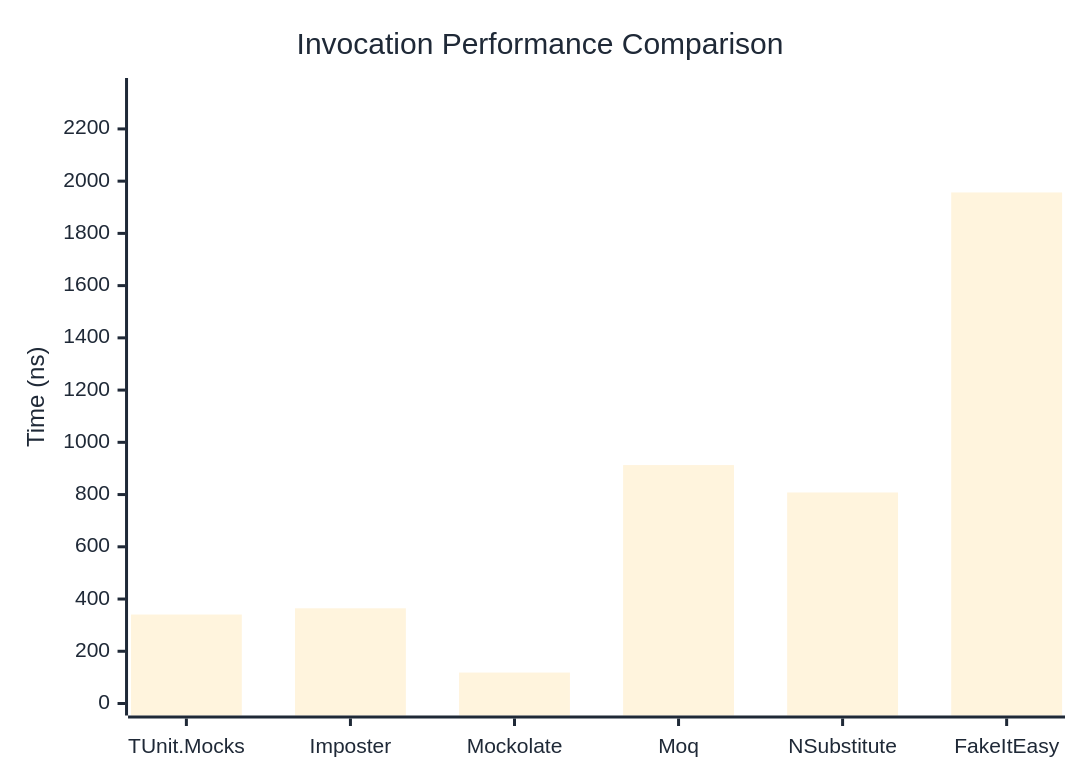
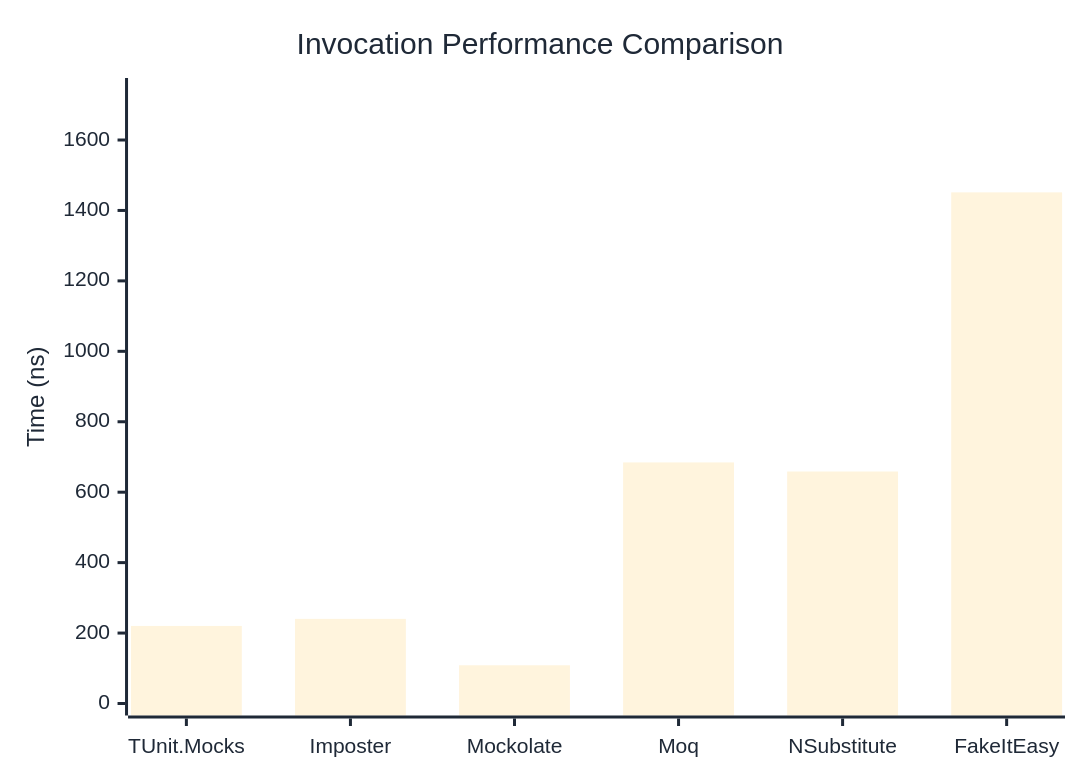
One commit to thomhurst/TUnit changed the first of 3 diagrams in docs/docs/benchmarks/mocks/Invocation.md. Above: the diagram before and after it, drawn with Mermaid. The commit also changed other lines of this file and 14 other files, not shown here.

````diff
--- a/docs/docs/benchmarks/mocks/Invocation.md
+++ b/docs/docs/benchmarks/mocks/Invocation.md
@@ -30,27 +30,27 @@
 ```mermaid
 %%{init: {
   'theme':'base',
   'themeVariables': {
     'primaryColor': '#2563eb',
     'primaryTextColor': '#1f2937',
     'primaryBorderColor': '#1e40af',
     'lineColor': '#6b7280',
     'secondaryColor': '#7c3aed',
     'tertiaryColor': '#dc2626',
     'background': '#ffffff',
     'pie1': '#2563eb',
     'pie2': '#7c3aed',
     'pie3': '#dc2626',
     'pie4': '#f59e0b',
     'pie5': '#10b981',
     'pie6': '#06b6d4',
     'pie7': '#ec4899',
     'pie8': '#6366f1'
   }
 }}%%
 xychart-beta
   title "Invocation Performance Comparison"
   x-axis ["TUnit.Mocks", "Imposter", "Mockolate", "Moq", "NSubstitute", "FakeItEasy"]
-  y-axis "Time (ns)" 0 --> 2349
-  bar [340.6, 364.5, 118.5, 912.9, 808, 1956.8]
+  y-axis "Time (ns)" 0 --> 1742
+  bar [220.25, 240.28, 108.57, 684.51, 658.74, 1451.31]
 ```
````
